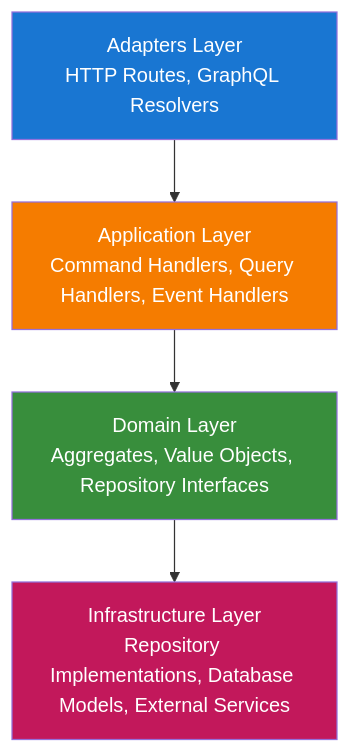
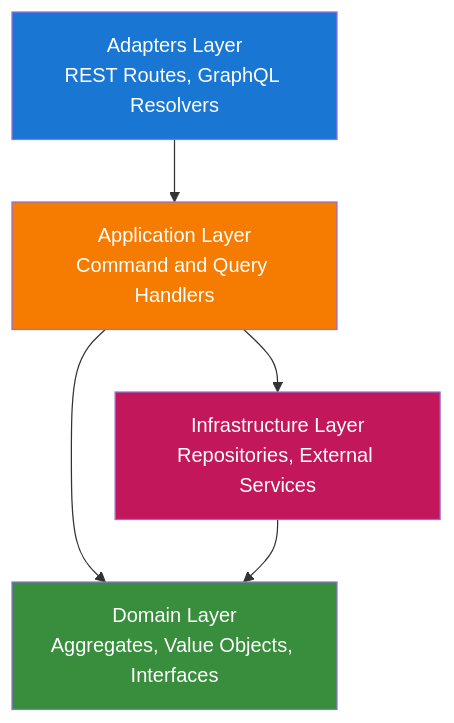
Before and after one commit to thinhtran3588/product-templates: the first of 4 diagrams in api/docs/architecture.md, drawn with Mermaid. The commit also changed other lines of this file and 522 other files, not shown here.

````diff
--- a/api/docs/architecture.md
+++ b/api/docs/architecture.md
@@ -25,11 +17,12 @@
 ```mermaid
 graph TD
-    A[Adapters Layer<br/>HTTP Routes, GraphQL Resolvers] --> B[Application Layer<br/>Command Handlers, Query Handlers, Event Handlers]
-    B --> C[Domain Layer<br/>Aggregates, Value Objects, Repository Interfaces]
-    C --> D[Infrastructure Layer<br/>Repository Implementations, Database Models, External Services]
+    A[Adapters Layer<br/>REST Routes, GraphQL Resolvers] --> B[Application Layer<br/>Command and Query Handlers]
+    B --> C[Domain Layer<br/>Aggregates, Value Objects, Interfaces]
+    D[Infrastructure Layer<br/>Repositories, External Services] --> C
+    B --> D
 
     style A fill:#1976d2,color:#fff
     style B fill:#f57c00,color:#fff
     style C fill:#388e3c,color:#fff
     style D fill:#c2185b,color:#fff
 ```
````
